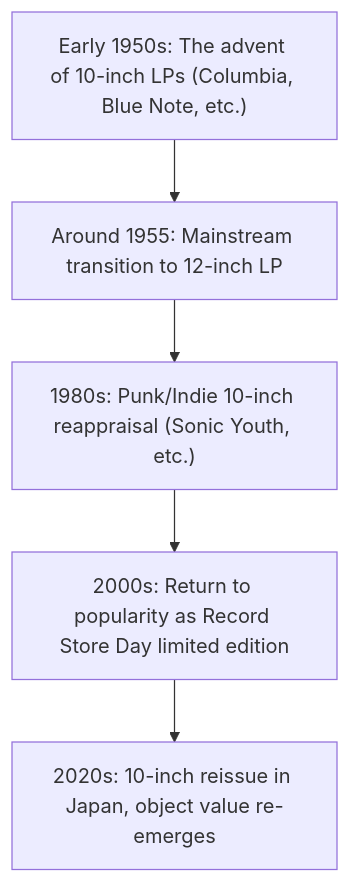
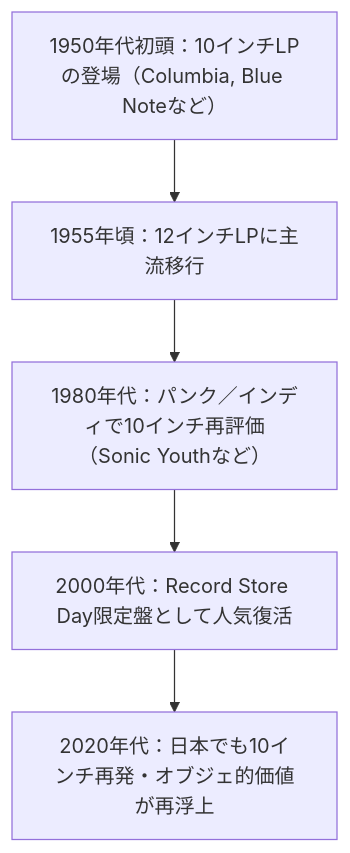
Before and after one commit to monumental-movement/monumental-movement.github.io: the diagram in en/_posts/2025-10-11-Colum-10-Inch-Vinyl.md, drawn with Mermaid. The commit also changed other lines of this file and 1701 other files, not shown here.

```diff
--- a/en/_posts/2025-10-11-Colum-10-Inch-Vinyl.md
+++ b/en/_posts/2025-10-11-Colum-10-Inch-Vinyl.md
@@ -130,13 +126,12 @@
 <div class="mermaid">
 
 flowchart TD
-A1950["Early 1950s: The advent of 10-inch LPs (Columbia, Blue Note, etc.)"]
-A1955["Around 1955: Mainstream transition to 12-inch LP"]
-A1980["1980s: Punk/Indie 10-inch reappraisal (Sonic Youth, etc.)"]
-A2000["2000s: Return to popularity as Record Store Day limited edition"]
-A2020["2020s: 10-inch reissue in Japan, object value re-emerges"]
+A1950["1950年代初頭：10インチLPの登場（Columbia, Blue Noteなど）"]
+A1955["1955年頃：12インチLPに主流移行"]
+A1980["1980年代：パンク／インディで10インチ再評価（Sonic Youthなど）"]
+A2000["2000年代：Record Store Day限定盤として人気復活"]
+A2020["2020年代：日本でも10インチ再発・オブジェ的価値が再浮上"]
 
-A1950 --> A1955 --> A1980 --> A2000 --> A2020
-
+    A1950 --> A1955 --> A1980 --> A2000 --> A2020
 
 </div>
```
